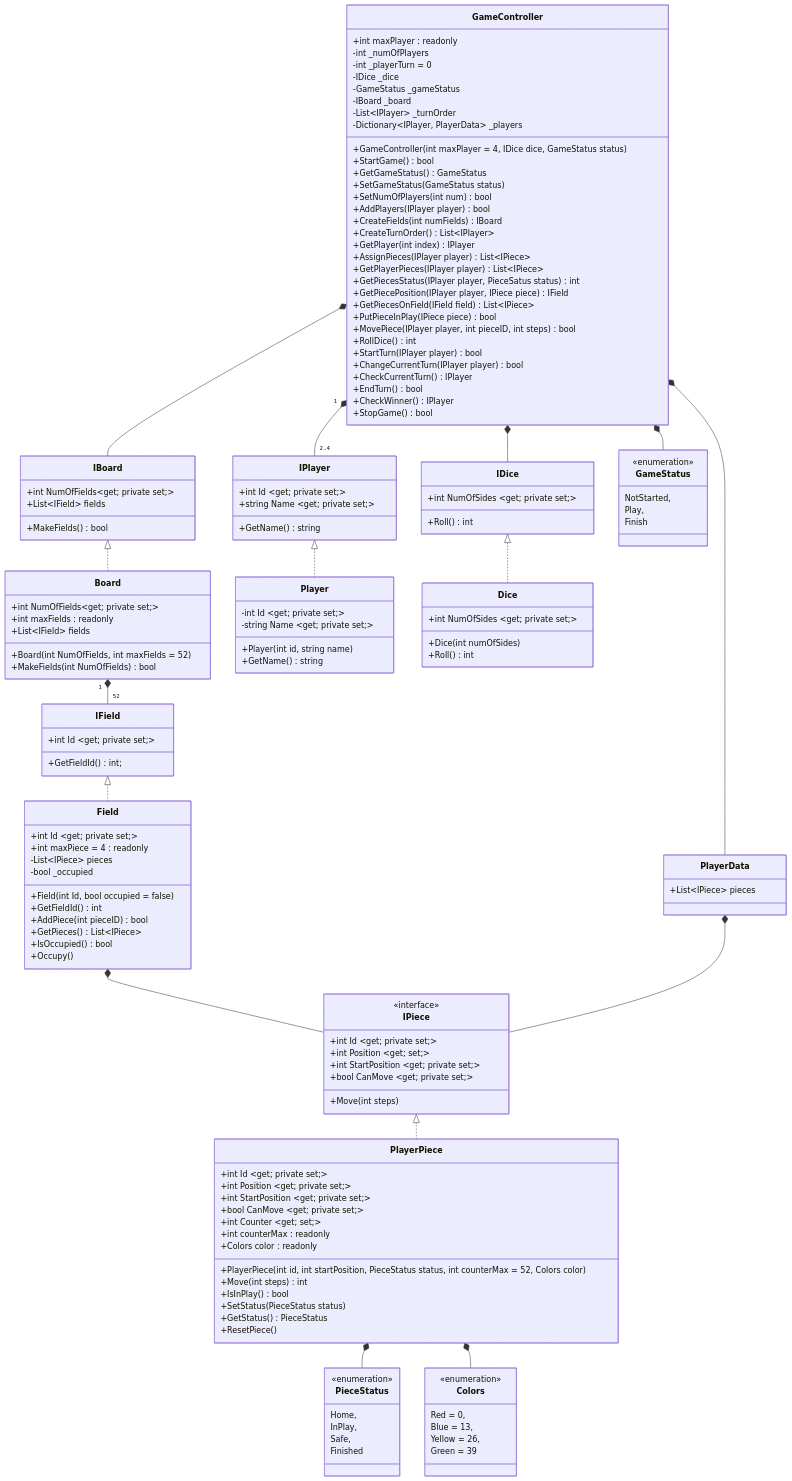
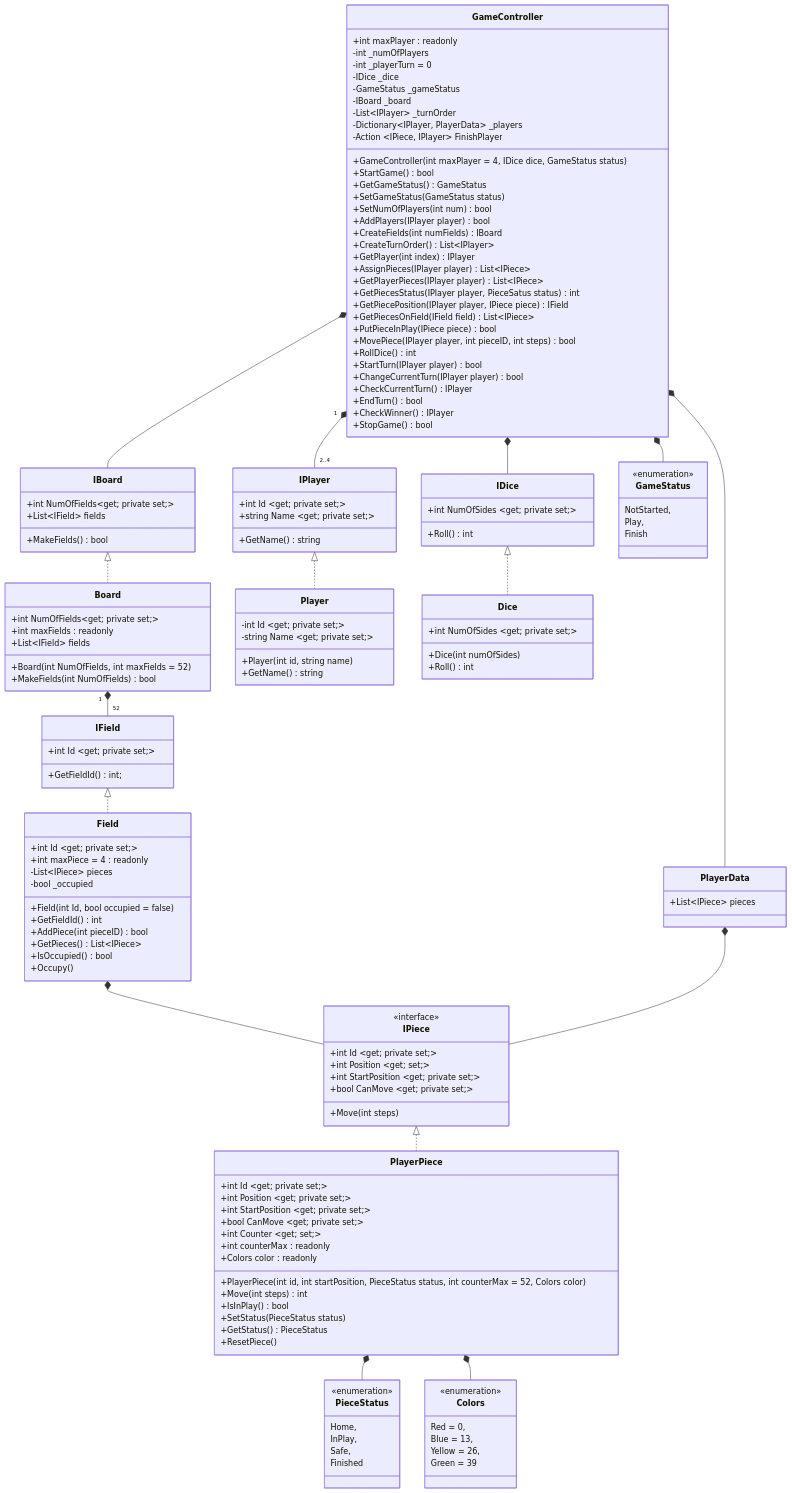
Before and after one commit to dewiidda/Bootcamp: the diagram in Day7-Class Diagram Project/Ludo.mmd, drawn with Mermaid.

Commit message:
add action

```diff
--- a/Day7-Class Diagram Project/Ludo.mmd
+++ b/Day7-Class Diagram Project/Ludo.mmd
@@ -1,161 +1,162 @@
 classDiagram
 
 IPiece <|.. PlayerPiece
 Board "1" *-- "52" IField
 Field *-- IPiece
 PlayerPiece *-- PieceStatus
 PlayerPiece *-- Colors
 PlayerData *-- IPiece
 
 IPlayer <|.. Player
 IDice <|.. Dice
 IBoard <|.. Board
 IField <|.. Field
 
 GameController "1" *-- "2..4" IPlayer
 GameController *-- IBoard
 GameController *-- IDice
 GameController *-- PlayerData
 GameController *-- GameStatus
 
 class IPlayer{
     +int Id ~get; private set;~
     +string Name ~get; private set;~
     +GetName() string
 }
 
 class Player{
     -int Id ~get; private set;~
     -string Name ~get; private set;~
     +Player(int id, string name)
     +GetName() string
 }
 
 class PlayerData{
     +List~IPiece~ pieces
 }
 
 class Colors{
     <<enumeration>>
     Red = 0,
     Blue = 13,
     Yellow = 26,
     Green = 39
 }
 
 class IDice{
     +int NumOfSides ~get; private set;~
     +Roll() int
 }
 
 class Dice{
     +int NumOfSides ~get; private set;~
     +Dice(int numOfSides)
     +Roll() int    
 }
 
 class IPiece{
     <<interface>>
     +int Id ~get; private set;~
     +int Position ~get; set;~
     +int StartPosition ~get; private set;~
     +bool CanMove ~get; private set;~
     +Move(int steps)    
 }
 
 class PlayerPiece{
     +int Id ~get; private set;~
     +int Position ~get; private set;~
     +int StartPosition ~get; private set;~
     +bool CanMove ~get; private set;~
     +int Counter ~get; set;~
     +int counterMax : readonly
     +Colors color : readonly 
     +PlayerPiece(int id, int startPosition, PieceStatus status, int counterMax = 52, Colors color)
     +Move(int steps) int 
     +IsInPlay() bool
     +SetStatus(PieceStatus status)
     +GetStatus() PieceStatus
     +ResetPiece()
 }
 
 class PieceStatus{
     <<enumeration>>
     Home,
     InPlay,
     Safe,
     Finished
 }
 
 class IBoard{
     +int NumOfFields~get; private set;~
     +List~IField~ fields
     +MakeFields() bool
 }
 
 class Board{
     +int NumOfFields~get; private set;~
     +int maxFields : readonly
     +List~IField~ fields
     +Board(int NumOfFields, int maxFields = 52)
     +MakeFields(int NumOfFields) bool
 }
 
 class IField{
     +int Id ~get; private set;~
     +GetFieldId() int;
 }
 
 class Field{
     +int Id ~get; private set;~
     +int maxPiece = 4 : readonly
     -List~IPiece~ pieces 
     -bool _occupied
     +Field(int Id, bool occupied = false)
     +GetFieldId() int
     +AddPiece(int pieceID) bool
     +GetPieces() List~IPiece~
     +IsOccupied() bool
     +Occupy()
 }
 
 class GameStatus{
     <<enumeration>>
     NotStarted,
     Play,
     Finish
 }
 
 class GameController{
     +int maxPlayer : readonly
     -int _numOfPlayers
     -int _playerTurn = 0
     -IDice _dice
     -GameStatus _gameStatus 
     -IBoard _board
     -List~IPlayer~ _turnOrder 
     -Dictionary~IPlayer, PlayerData~ _players
+    -Action ~IPiece, IPlayer~ FinishPlayer
     +GameController(int maxPlayer = 4, IDice dice, GameStatus status) 
     +StartGame() bool
     +GetGameStatus() GameStatus
     +SetGameStatus(GameStatus status) 
     +SetNumOfPlayers(int num) bool
     +AddPlayers(IPlayer player) bool
     +CreateFields(int numFields) IBoard
     +CreateTurnOrder() List~IPlayer~ 
     +GetPlayer(int index) IPlayer
     +AssignPieces(IPlayer player) List~IPiece~
     +GetPlayerPieces(IPlayer player) List~IPiece~
     +GetPiecesStatus(IPlayer player, PieceSatus status) int 
     +GetPiecePosition(IPlayer player, IPiece piece) IField
     +GetPiecesOnField(IField field) List~IPiece~
     +PutPieceInPlay(IPiece piece) bool
     +MovePiece(IPlayer player, int pieceID, int steps) bool 
     +RollDice() int
     +StartTurn(IPlayer player) bool
     +ChangeCurrentTurn(IPlayer player) bool
     +CheckCurrentTurn() IPlayer
     +EndTurn() bool
     +CheckWinner() IPlayer
     +StopGame() bool
 }
```
